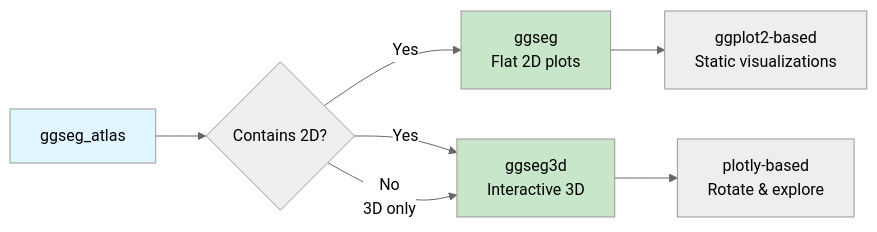
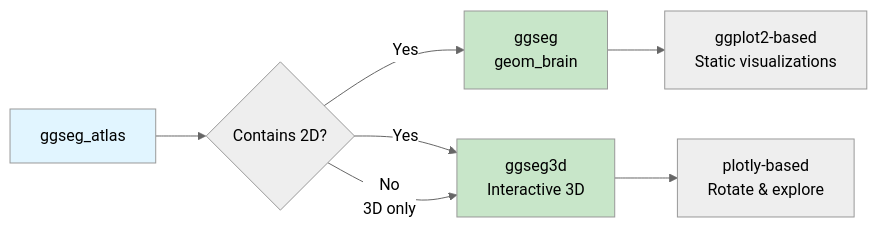
Before and after one commit to ggsegverse/ggseg.extra: the sixth of 6 diagrams in vignettes/atlas-workflows.qmd, drawn with Mermaid (neutral theme). The commit also changed other lines of this file and 3 other files, not shown here.

First line of the commit message:
docs: make atlas-workflows its diagrams, and make the diagrams true (#310)

````diff
--- a/vignettes/atlas-workflows.qmd
+++ b/vignettes/atlas-workflows.qmd
@@ -190,18 +173,18 @@
 ```{mermaid}
 %%| label: fig-output-compatibility
 %%| fig-width: 8
 %%| fig-cap: "Atlas compatibility with ggseg plotting packages"
 %%| fig-alt: "Flowchart showing that atlases with 2D data can use both ggseg for flat ggplot2-based plots and ggseg3d for interactive 3D plotly-based visualizations, while 3D-only atlases can only use ggseg3d"
 flowchart LR
     A[ggseg_atlas] --> B{Contains 2D?}
-    B -->|Yes| C[ggseg<br/>Flat 2D plots]
+    B -->|Yes| C[ggseg<br/>geom_brain]
     B -->|Yes| D[ggseg3d<br/>Interactive 3D]
     B -->|No<br/>3D only| D
 
     C --> E[ggplot2-based<br/>Static visualizations]
     D --> F[plotly-based<br/>Rotate & explore]
 
     style A fill:#e1f5ff
     style C fill:#c8e6c9
     style D fill:#c8e6c9
 ```
````
